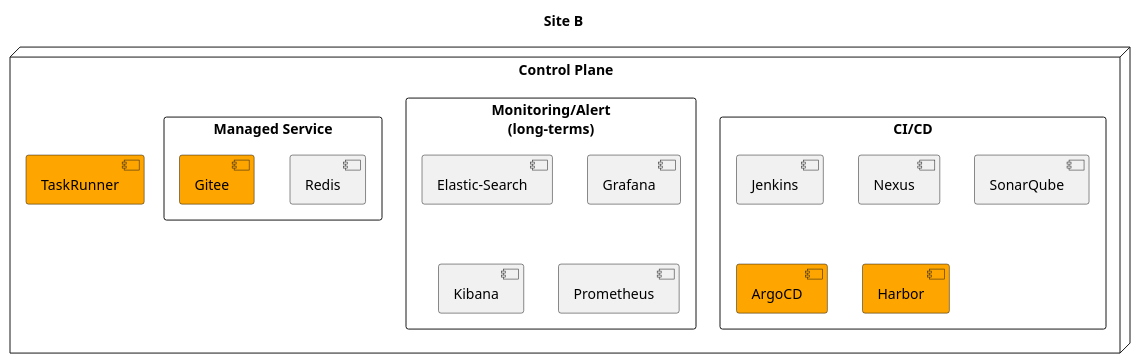
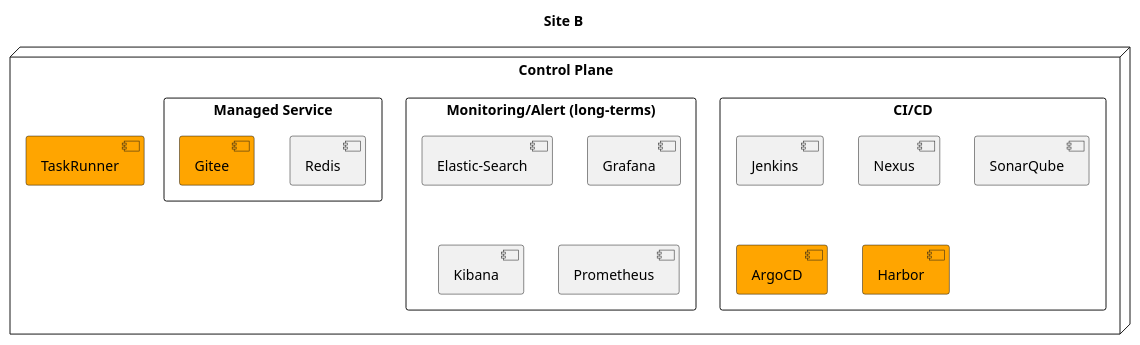
Before and after one commit to kloudbank/htdp1.github.io: the second of 7 diagrams in docs/src/multi-cloud/diagram.md, drawn with PlantUML. The commit also changed other lines of this file, not shown here.

```diff
--- a/docs/src/multi-cloud/diagram.md
+++ b/docs/src/multi-cloud/diagram.md
@@ -37,26 +37,26 @@
 @startuml
 
 title "Site B"
 
 node "Control Plane" as bcp {
     rectangle "CI/CD" as bcp_cicd {
         [Jenkins] as bcp_cicd_jenkins
         [Nexus] as bcp_cicd_nexus
         [SonarQube] as bcp_cicd_sonarqube
         [ArgoCD] as bcp_cicd_argocd #orange
         [Harbor] as bcp_cicd_harbor #orange
     }
-    rectangle "Monitoring/Alert\n(long-terms)" as bcp_mon {
+    rectangle "Monitoring/Alert (long-terms)" as bcp_mon {
         [Elastic-Search] as bcp_mon_elk
         [Grafana] as bcp_mon_grafana
         [Kibana] as bcp_mon_kibana
         [Prometheus] as bcp_mon_prometheus
     }
     rectangle "Managed Service" as bcp_mananged {
         [Redis] as bcp_mananged_redis
         [Gitee] as bcp_mananged_gitee #orange
     }
     [TaskRunner] as bcp_cicd_taskruuner #orange
 }
 
 @enduml
```
